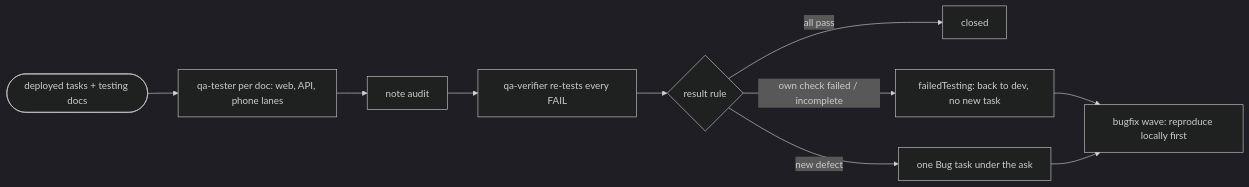
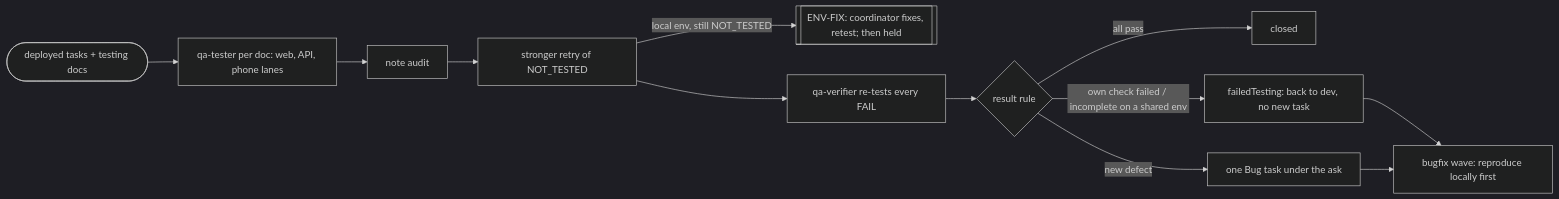
Before and after one commit to prskid1000/claude-crew: the third of 12 diagrams in README.md, drawn with Mermaid (dark theme). The commit also changed other lines of this file and 23 other files, not shown here.

First line of the commit message:
feat(kit): local env never ends NOT_TESTED or BLOCKED for an env reason

````diff
--- a/README.md
+++ b/README.md
@@ -146,12 +149,14 @@
 ```mermaid
 flowchart LR
   Q([deployed tasks + testing docs]) --> TE[qa-tester per doc: web, API, phone lanes]
   TE --> AU[note audit]
-  AU --> VE[qa-verifier re-tests every FAIL]
+  AU --> SR[stronger retry of NOT_TESTED]
+  SR -->|local env, still NOT_TESTED| EF[[ENV-FIX: coordinator fixes, retest; then held]]
+  SR --> VE[qa-verifier re-tests every FAIL]
   VE --> FI{result rule}
   FI -->|all pass| CL[closed]
-  FI -->|own check failed / incomplete| FT[failedTesting: back to dev, no new task]
+  FI -->|own check failed / incomplete on a shared env| FT[failedTesting: back to dev, no new task]
   FI -->|new defect| BG[one Bug task under the ask]
   FT --> BW[bugfix wave: reproduce locally first]
   BG --> BW
 ```
````
